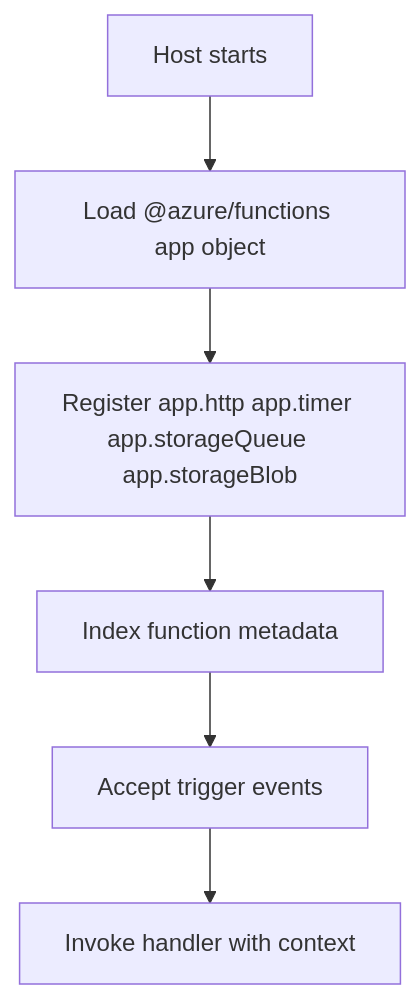
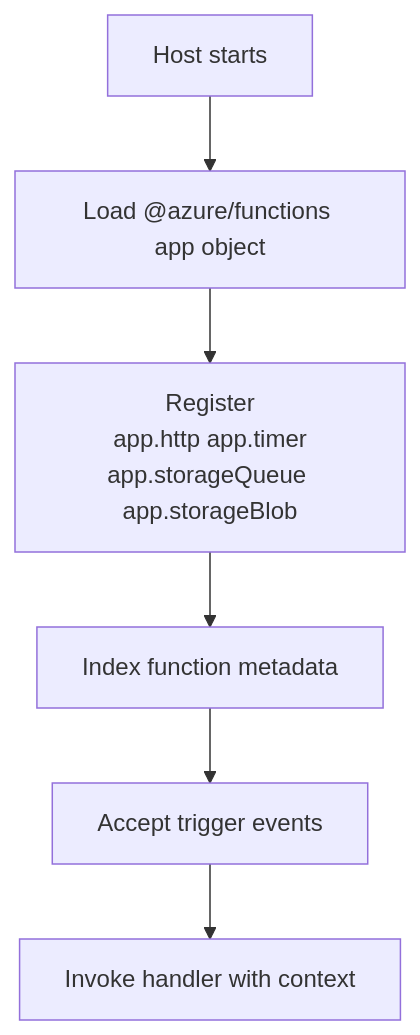
The diagram in docs/language-guides/nodejs/v4-programming-model.md (yeongseon/azure-functions-practical-guide), drawn with Mermaid before and after one commit. The commit also changed other lines of this file and 2 other files, not shown here.

Commit message:
docs(diagrams): migrate Functions nodejs runtime — nodejs runtime and v4 programming model (#413)
* docs(diagrams): clarify Node.js version support

Co-authored-by  sisyphus-dev-ai <sisyphus-dev-ai@users.noreply.github.com>
Refs  #233

* docs(diagrams): improve v4 registration flow legibility

Co-authored-by  sisyphus-dev-ai <sisyphus-dev-ai@users.noreply.github.com>
Refs  #233

````diff
--- a/docs/language-guides/nodejs/v4-programming-model.md
+++ b/docs/language-guides/nodejs/v4-programming-model.md
@@ -30,8 +30,10 @@
 ```mermaid
 flowchart TD
+    accTitle: Node.js v4 registration and invocation stages
+    accDescr: Logical stages from host startup and loading the app object through registering HTTP, Timer, Storage Queue and Storage Blob functions, indexing metadata, accepting trigger events and invoking the handler with context. Arrows show stage order, not network transport.
     A[Host starts] --> B["Load @azure/functions app object"]
-    B --> C[Register app.http app.timer app.storageQueue app.storageBlob]
+    B --> C["Register<br/>app.http app.timer<br/>app.storageQueue app.storageBlob"]
     C --> D[Index function metadata]
     D --> E[Accept trigger events]
     E --> F[Invoke handler with context]
 ```
````
